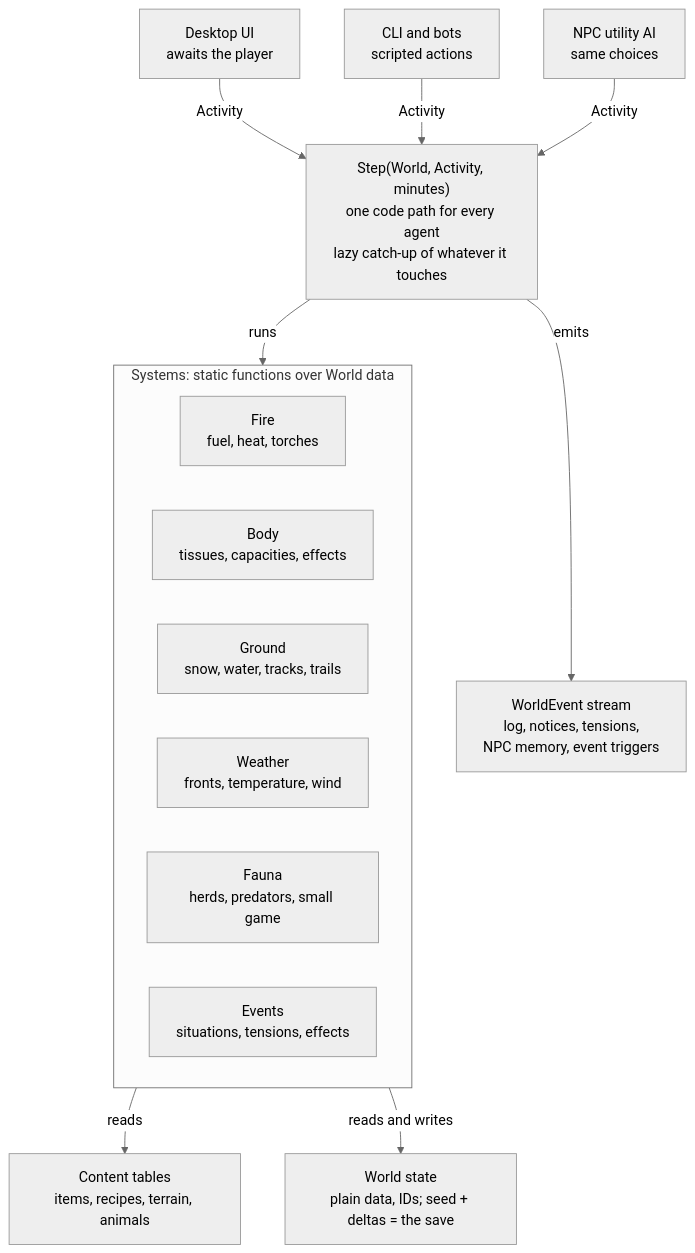
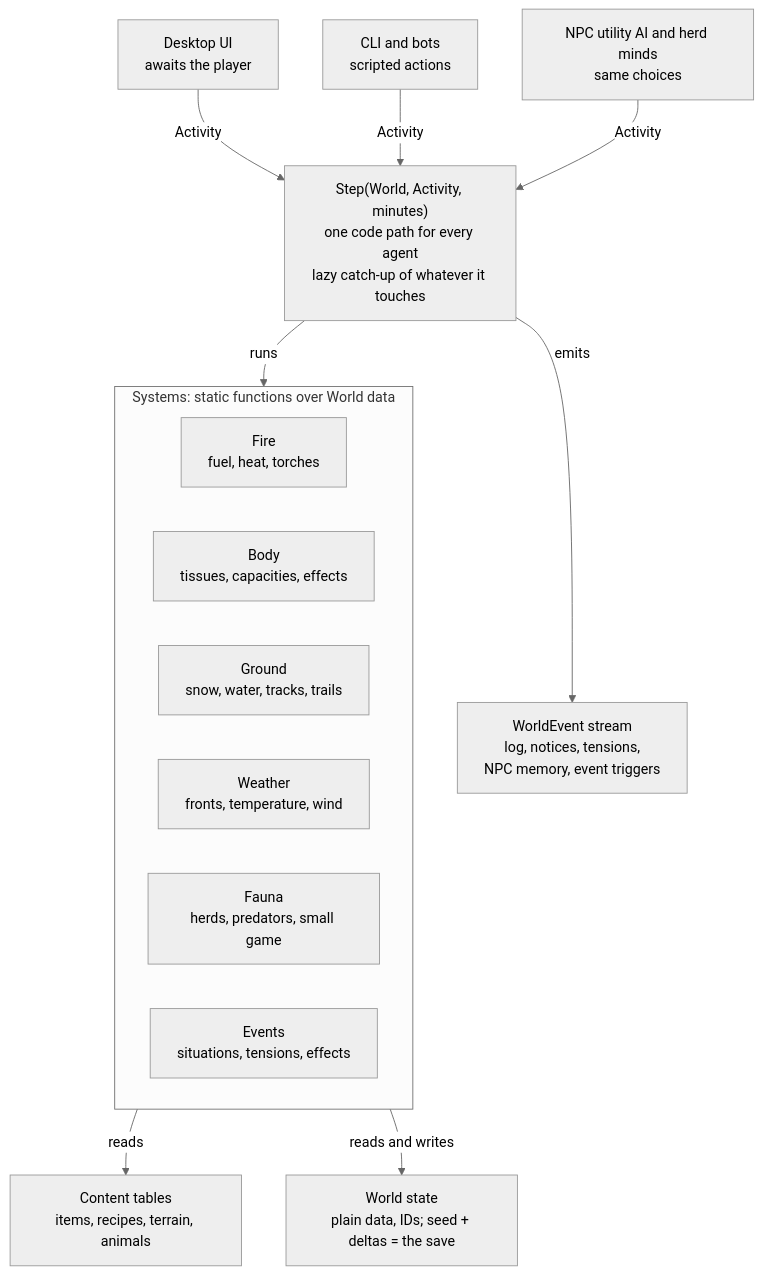
The diagram in documentation/clean-room-architecture.md (JackSwingle01/text_survival), drawn with Mermaid (neutral theme) before and after one commit. The commit also changed other lines of this file, not shown here.

````diff
--- a/documentation/clean-room-architecture.md
+++ b/documentation/clean-room-architecture.md
@@ -100,19 +109,19 @@
 ```mermaid
 flowchart TD
     UI["Desktop UI<br/>awaits the player"] -->|Activity| Step
     CLI["CLI and bots<br/>scripted actions"] -->|Activity| Step
-    NPC["NPC utility AI<br/>same choices"] -->|Activity| Step
+    NPC["NPC utility AI and herd minds<br/>same choices"] -->|Activity| Step
     Step["Step(World, Activity, minutes)<br/>one code path for every agent<br/>lazy catch-up of whatever it touches"]
     Step -->|emits| Stream["WorldEvent stream<br/>log, notices, tensions,<br/>NPC memory, event triggers"]
     Step -->|runs| Systems
     subgraph Systems["Systems: static functions over World data"]
         Fire["Fire<br/>fuel, heat, torches"]
         Body["Body<br/>tissues, capacities, effects"]
         Ground["Ground<br/>snow, water, tracks, trails"]
         Weather["Weather<br/>fronts, temperature, wind"]
         Fauna["Fauna<br/>herds, predators, small game"]
         Events["Events<br/>situations, tensions, effects"]
     end
     Systems -->|reads| Content["Content tables<br/>items, recipes, terrain, animals"]
     Systems -->|reads and writes| World["World state<br/>plain data, IDs; seed + deltas = the save"]
 ```
````
